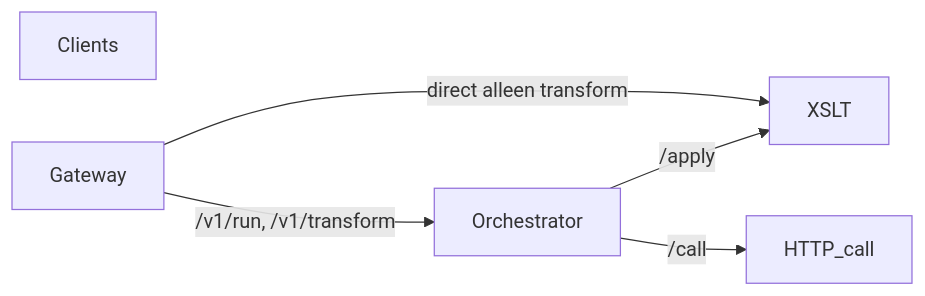
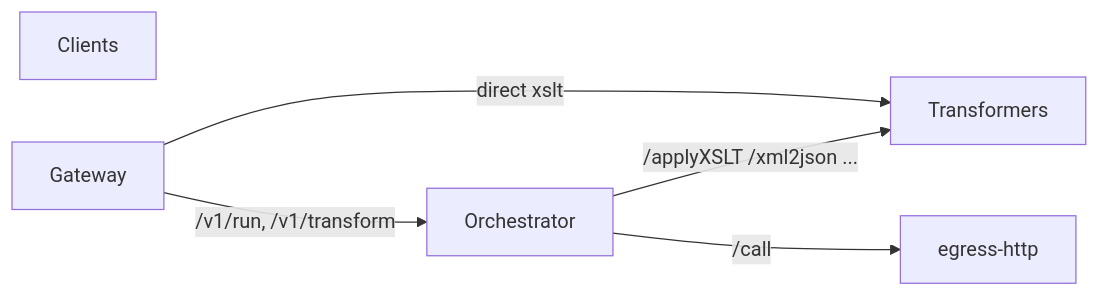
The diagram in README.md (mfellman/MiniCloud), drawn with Mermaid before and after one commit. The commit also changed other lines of this file and 60 other files, not shown here.

First line of the commit message:
feat: transformers service, egress HTTP/FTP/SSH, gateway /v1/status

````diff
--- a/README.md
+++ b/README.md
@@ -31,12 +33,12 @@
 ```mermaid
 flowchart LR
   client[Clients]
   gw[Gateway]
   orch[Orchestrator]
-  xslt[XSLT]
-  http[HTTP_call]
+  tr[Transformers]
+  ehttp[egress-http]
   gw -->|"/v1/run, /v1/transform"| orch
-  gw -->|direct alleen transform| xslt
-  orch -->|"/apply"| xslt
-  orch -->|"/call"| http
+  gw -->|direct xslt| tr
+  orch -->|"/applyXSLT /xml2json ..."| tr
+  orch -->|"/call"| ehttp
 ```
````
